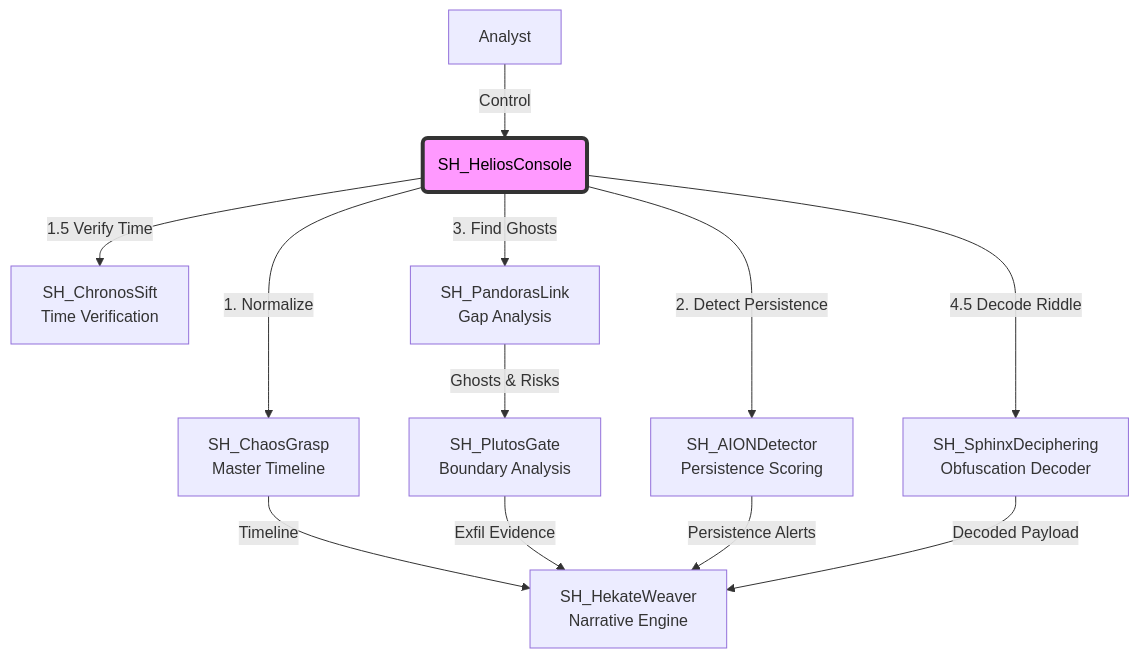
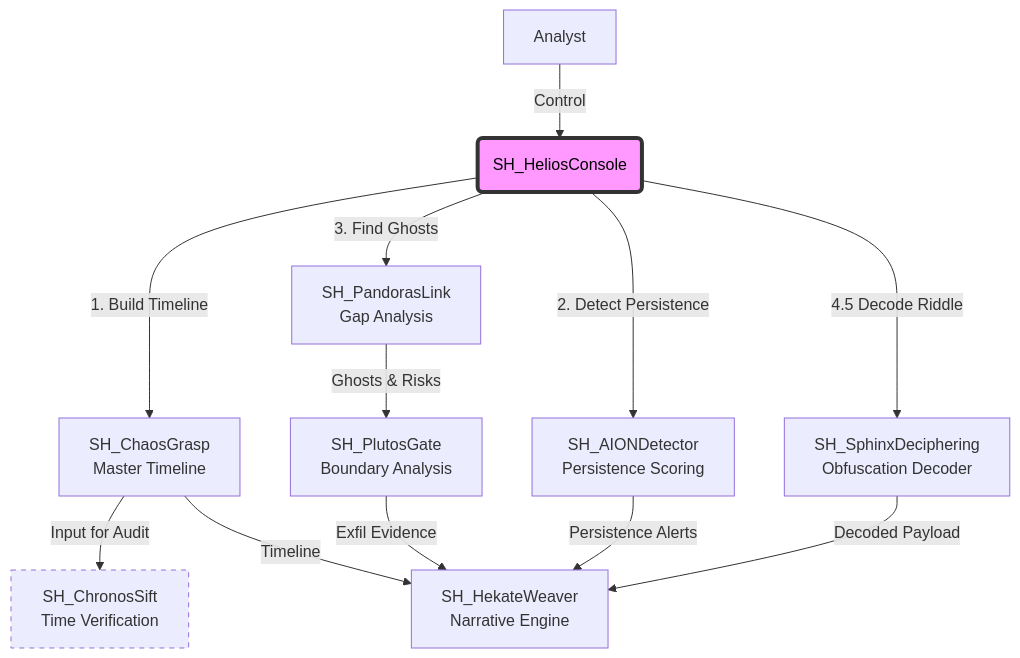
The diagram in README.md (schutzz/SkiaHelios), drawn with Mermaid before and after one commit.

````diff
--- a/README.md
+++ b/README.md
@@ -24,25 +24,30 @@
 ```mermaid
 graph TD
     User[Analyst] -->|Control| Helios(SH_HeliosConsole)
     
     %% Helios Console Styling
     style Helios fill:#f9f,stroke:#333,stroke-width:4px,color:black
 
-    %% Phase 1: Foundation & Verification
-    Helios -->|1. Normalize| Chaos[SH_ChaosGrasp<br/>Master Timeline]
-    Helios -->|1.5 Verify Time| Chronos[SH_ChronosSift<br/>Time Verification]
+    %% Phase 1: Foundation
+    Helios -->|1. Build Timeline| Chaos[SH_ChaosGrasp<br/>Master Timeline]
     
-    %% Phase 2: Deep Analysis Modules
+    %% Phase 1.5: Verification (The correction)
+    Chaos -->|Input for Audit| Chronos[SH_ChronosSift<br/>Time Verification]
+    
+    %% Phase 2: Deep Analysis
     Helios -->|2. Detect Persistence| AION[SH_AIONDetector<br/>Persistence Scoring]
     Helios -->|3. Find Ghosts| Pandora[SH_PandorasLink<br/>Gap Analysis]
 
     %% Phase 3: Exfiltration & Decoding
     Pandora -->|Ghosts & Risks| Plutos[SH_PlutosGate<br/>Boundary Analysis]
     Helios -->|4.5 Decode Riddle| Sphinx[SH_SphinxDeciphering<br/>Obfuscation Decoder]
 
     %% Phase 4: Final Narrative
     Chaos -->|Timeline| Hekate[SH_HekateWeaver<br/>Narrative Engine]
     Plutos -->|Exfil Evidence| Hekate
     AION -->|Persistence Alerts| Hekate
     Sphinx -->|Decoded Payload| Hekate
+    
+    %% Chronos is a sidecar audit, doesn't feed Hekate yet
+    style Chronos stroke-dasharray: 5 5
 ```
````
